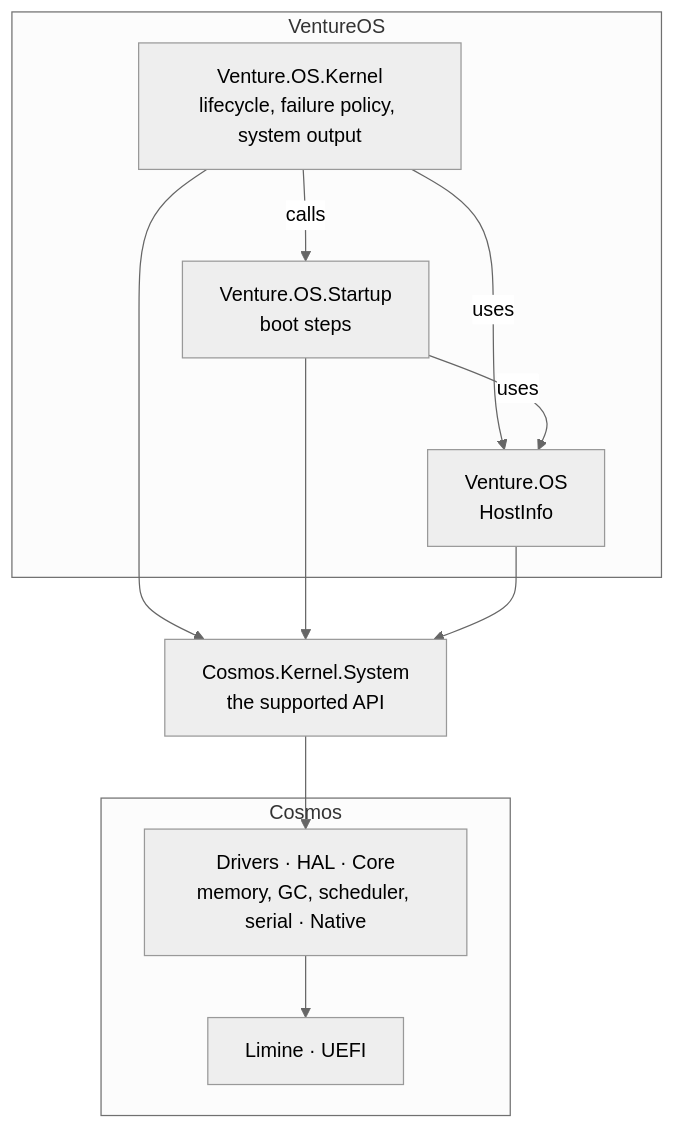
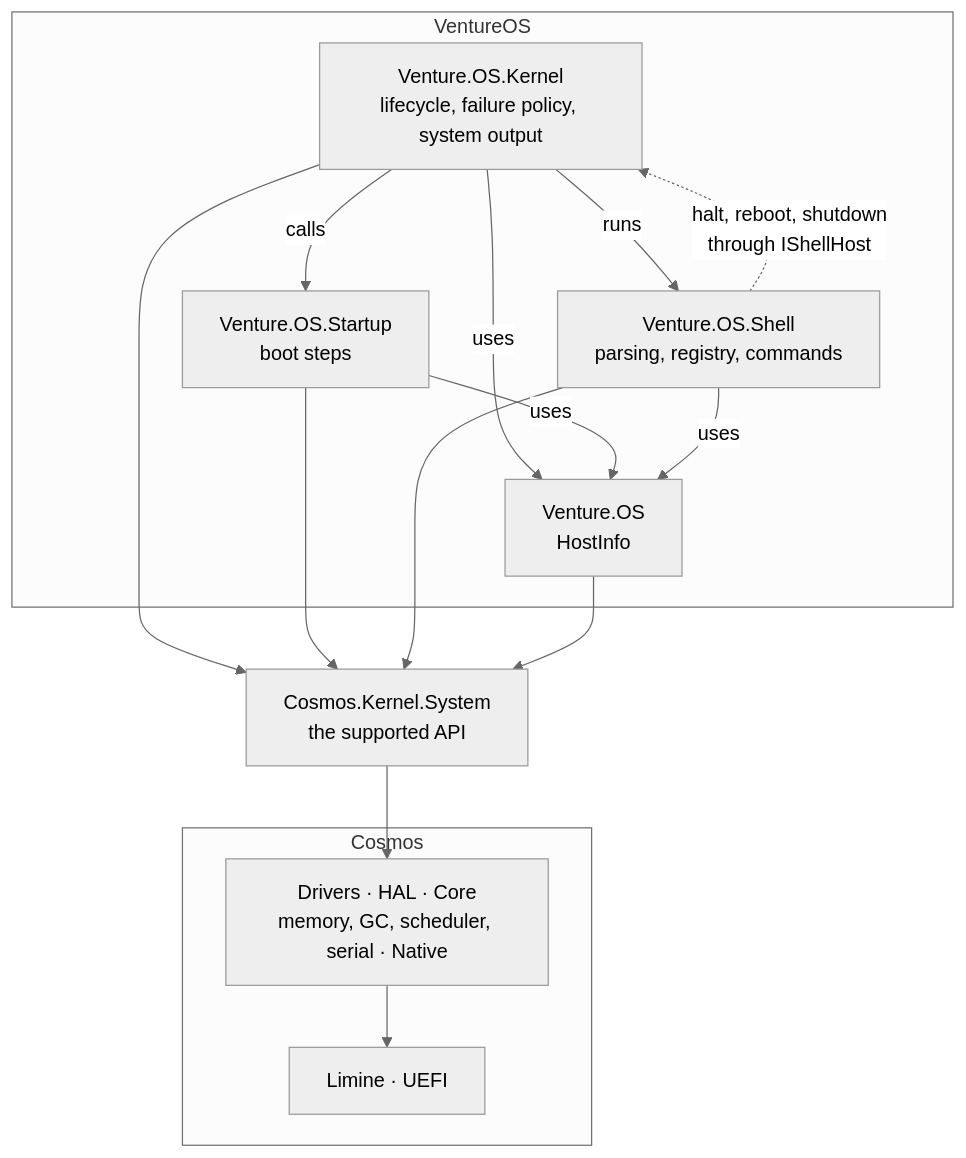
The first of 3 diagrams in docs/architecture.md (tonytins/VentureOS), drawn with Mermaid (neutral theme) before and after one commit. The commit also changed other lines of this file and 21 other files, not shown here.

First line of the commit message:
Finished Hiawatha: the shell, and VentureOS reaches alpha

````diff
--- a/docs/architecture.md
+++ b/docs/architecture.md
@@ -132,24 +143,29 @@
 ```mermaid
 flowchart TD
     subgraph VentureOS
         Kernel["Venture.OS.Kernel<br/>lifecycle, failure policy, system output"]
         Startup["Venture.OS.Startup<br/>boot steps"]
+        Shell["Venture.OS.Shell<br/>parsing, registry, commands"]
         Host["Venture.OS<br/>HostInfo"]
         Kernel -- calls --> Startup
+        Kernel -- runs --> Shell
+        Shell -. "halt, reboot, shutdown<br/>through IShellHost" .-> Kernel
         Kernel -- uses --> Host
         Startup -- uses --> Host
+        Shell -- uses --> Host
     end
 
     Ring["Cosmos.Kernel.System<br/>the supported API"]
     Kernel --> Ring
     Startup --> Ring
+    Shell --> Ring
     Host --> Ring
 
     subgraph Cosmos
         Lower["Drivers · HAL · Core<br/>memory, GC, scheduler, serial · Native"]
         Boot["Limine · UEFI"]
         Lower --> Boot
     end
 
     Ring --> Lower
 ```
````
